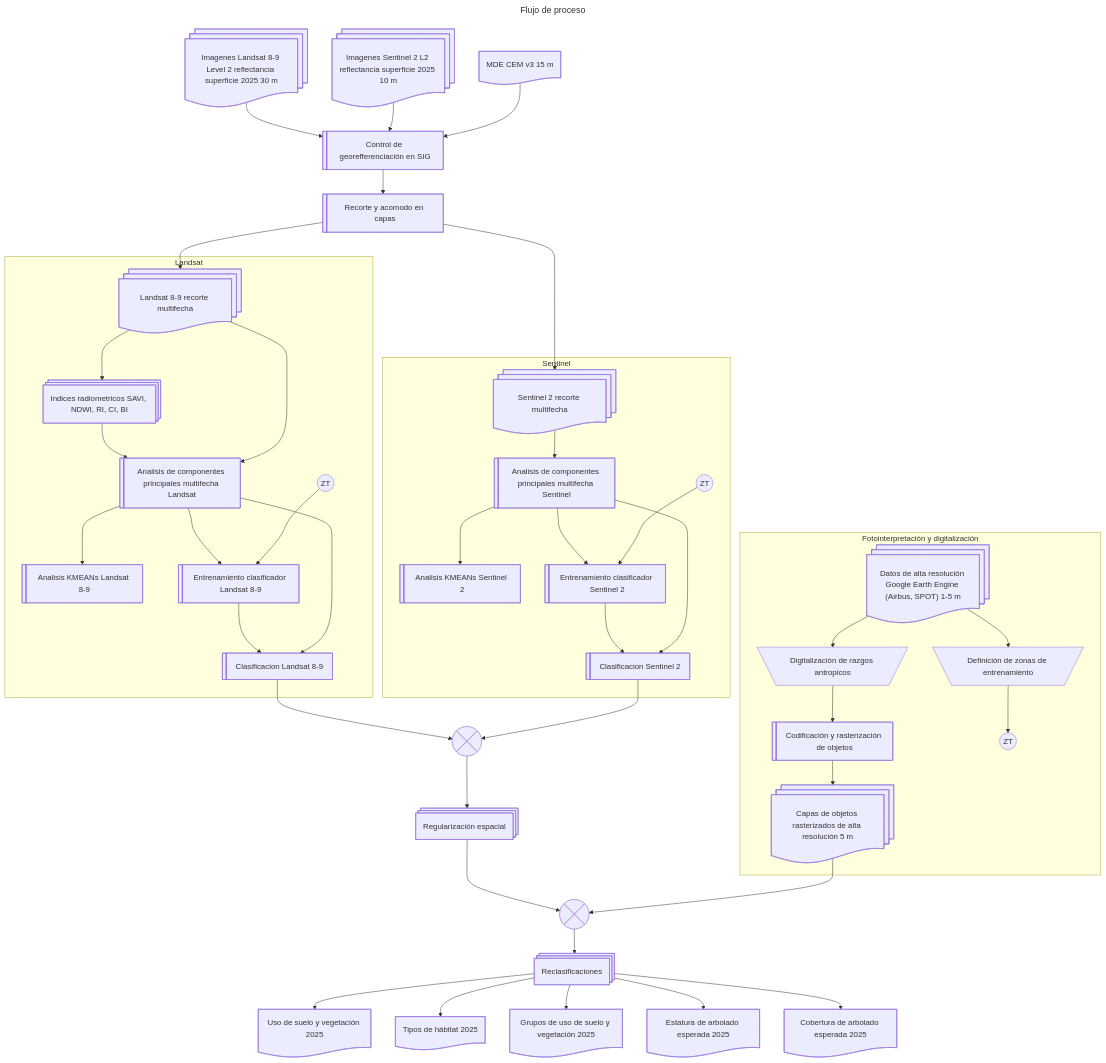
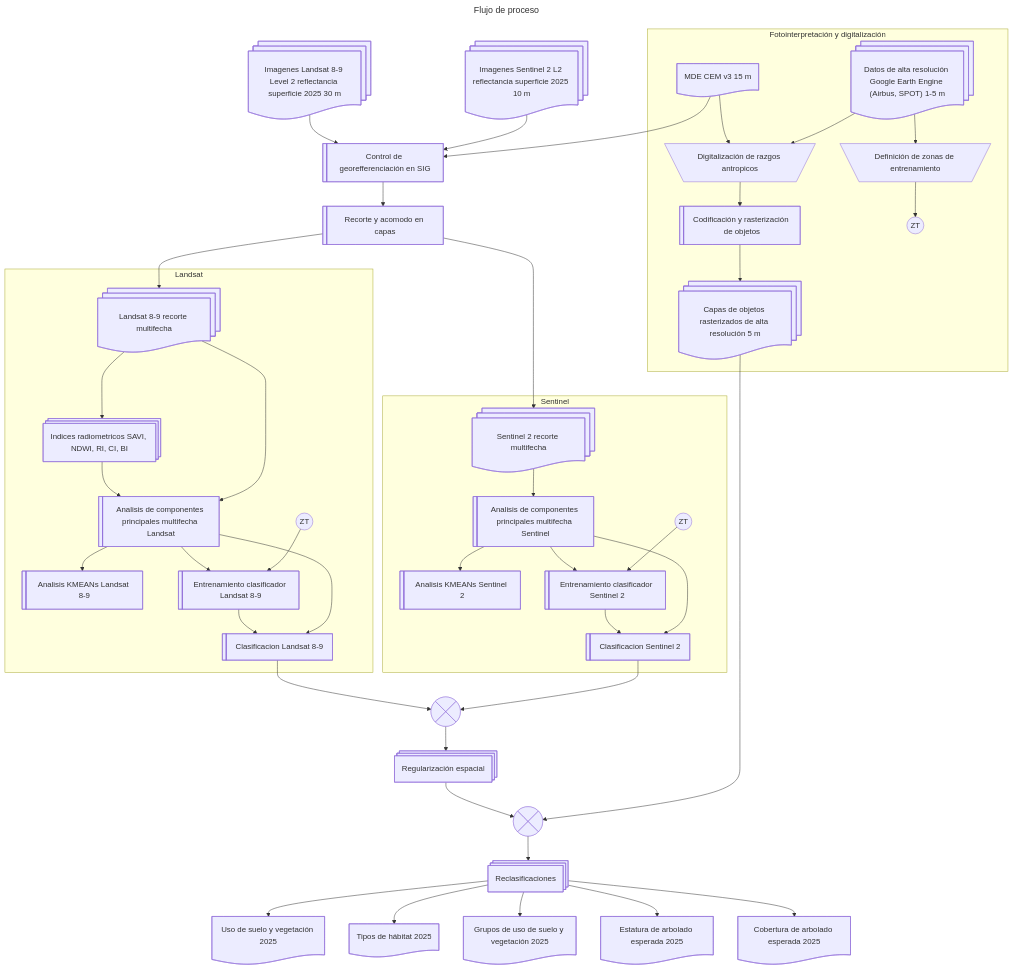
One commit to vshalisko/mixed_GIS_related_scripts changed the diagram in LULC/Tapalpa_flujo_de_proceso.mermaid. Above: the diagram before and after it, drawn with Mermaid.

```diff
--- a/LULC/Tapalpa_flujo_de_proceso.mermaid
+++ b/LULC/Tapalpa_flujo_de_proceso.mermaid
@@ -1,85 +1,86 @@
 ---
 title: Flujo de proceso
 ---
 flowchart TD
     L8@{ shape: docs, label: "Imagenes Landsat 8-9 Level 2 reflectancia superficie 2025 30 m"}
     S2@{ shape: docs, label: "Imagenes Sentinel 2 L2 reflectancia superficie 2025 10 m"}
     HR@{ shape: docs, label: "Datos de alta resolución Google Earth Engine (Airbus, SPOT) 1-5 m"}
     MDE@{ shape: doc, label: "MDE CEM v3 15 m"}
     SIG@{ shape: lin-rect, label: "Control de georefferenciación en SIG"}
     CLIP@{ shape: lin-rect, label: "Recorte y acomodo en capas"}
     SAVI@{ shape: procs, label: "Indices radiometricos SAVI, NDWI, RI, CI, BI"}
     PCA1@{ shape: lin-rect, label: "Analisis de componentes principales multifecha Landsat"}
     PCA2@{ shape: lin-rect, label: "Analisis de componentes principales multifecha Sentinel"}
     L8C@{ shape: docs, label: "Landsat 8-9 recorte multifecha"}
     S2C@{ shape: docs, label: "Sentinel 2 recorte multifecha"}
     DIG@{ shape: trap-t, label: "Digitalización de razgos antropicos"}
     DIGR@{ shape: lin-rect, label: "Codificación y rasterización de objetos"}
     HRR@{ shape: docs, label: "Capas de objetos rasterizados de alta resolución 5 m"}
     TZ@{ shape: trap-t, label: "Definición de zonas de entrenamiento"}
     ZT1@{ shape: circle, label: "ZT" }
     ZT2@{ shape: circle, label: "ZT" }
     ZT3@{ shape: circle, label: "ZT" }
     KMEAN1@{ shape: lin-rect, label: "Analisis KMEANs Landsat 8-9"}
     KMEAN2@{ shape: lin-rect, label: "Analisis KMEANs Sentinel 2"}
     TRAIN1@{ shape: lin-rect, label: "Entrenamiento clasificador Landsat 8-9"}
     TRAIN2@{ shape: lin-rect, label: "Entrenamiento clasificador Sentinel 2"}
     CLASS1@{ shape: lin-rect, label: "Clasificacion Landsat 8-9"}
     CLASS2@{ shape: lin-rect, label: "Clasificacion Sentinel 2"}
     REG@{ shape: procs, label: "Regularización espacial"}
     FUS1@{ shape: cross-circ, label: "Fusión de clasificaicones" }
     FUS2@{ shape: cross-circ, label: "Fusión con objetos rasterizados" }
     RECLASS@{ shape: procs, label: "Reclasificaciones"}
     LULC@{ shape: doc, label: "Uso de suelo y vegetación 2025"}
     LULCG@{ shape: doc, label: "Grupos de uso de suelo y vegetación 2025"}
     LULCH@{ shape: doc, label: "Tipos de hábitat 2025"}
     LULCA@{ shape: doc, label: "Estatura de arbolado esperada 2025"}
     LULCC@{ shape: doc, label: "Cobertura de arbolado esperada 2025"}
 
     L8-->SIG
     S2-->SIG
     MDE-->SIG
     SIG-->CLIP
     CLIP-->L8C
     CLIP-->S2C
 
     subgraph s3["Fotointerpretación y digitalización"]
         HR-->TZ
         TZ-->ZT1
+        MDE-->DIG
         HR-->DIG
         DIG-->DIGR
         DIGR-->HRR
     end
 
     subgraph s1["Landsat"]
         L8C-->SAVI
         SAVI-->PCA1
         L8C-->PCA1
         PCA1-->KMEAN1
         PCA1-->TRAIN1
         ZT2-->TRAIN1
         TRAIN1-->CLASS1
         PCA1-->CLASS1
     end
     subgraph s2["Sentinel"]
         S2C-->PCA2
         PCA2-->KMEAN2
         PCA2-->TRAIN2
         ZT3-->TRAIN2
         TRAIN2-->CLASS2
         PCA2-->CLASS2
     end
 
     CLASS1-->FUS1
     CLASS2-->FUS1
 
     FUS1-->REG
     REG-->FUS2
     HRR-->FUS2
 
     FUS2-->RECLASS
     RECLASS-->LULC
     RECLASS-->LULCH
     RECLASS-->LULCG
     RECLASS-->LULCA
     RECLASS-->LULCC
```
